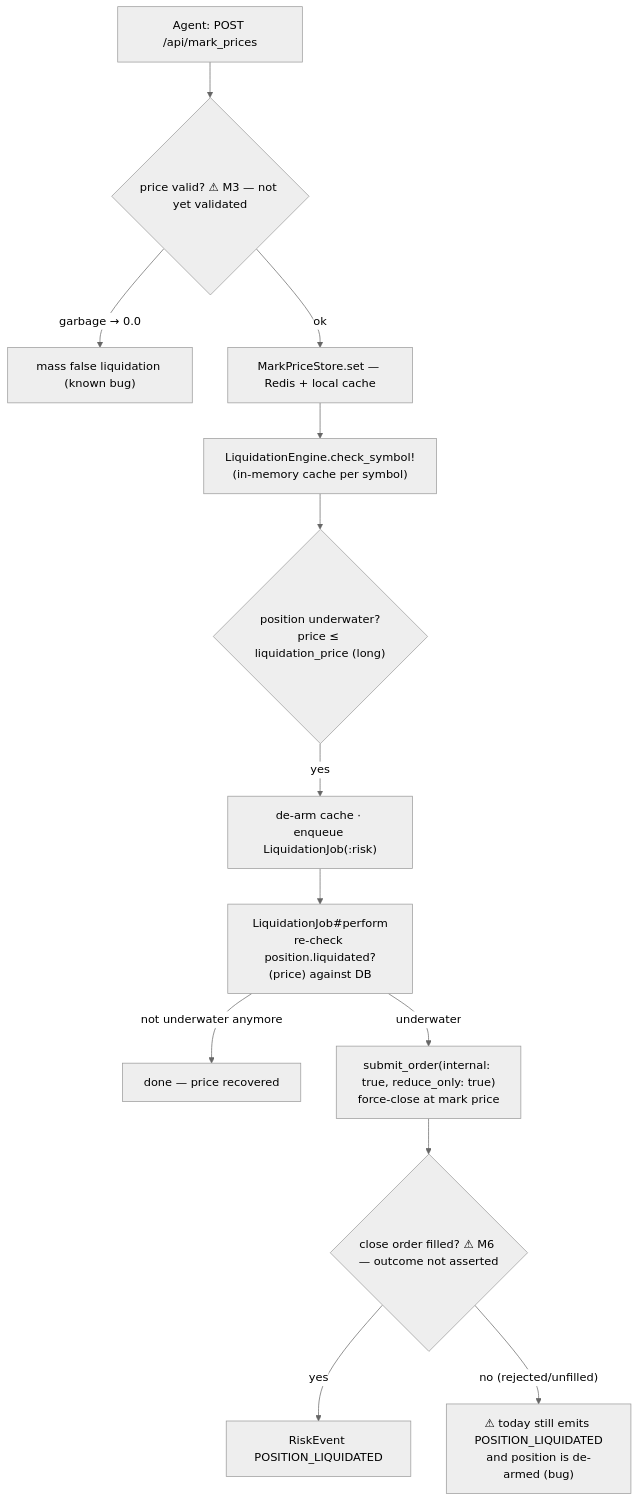
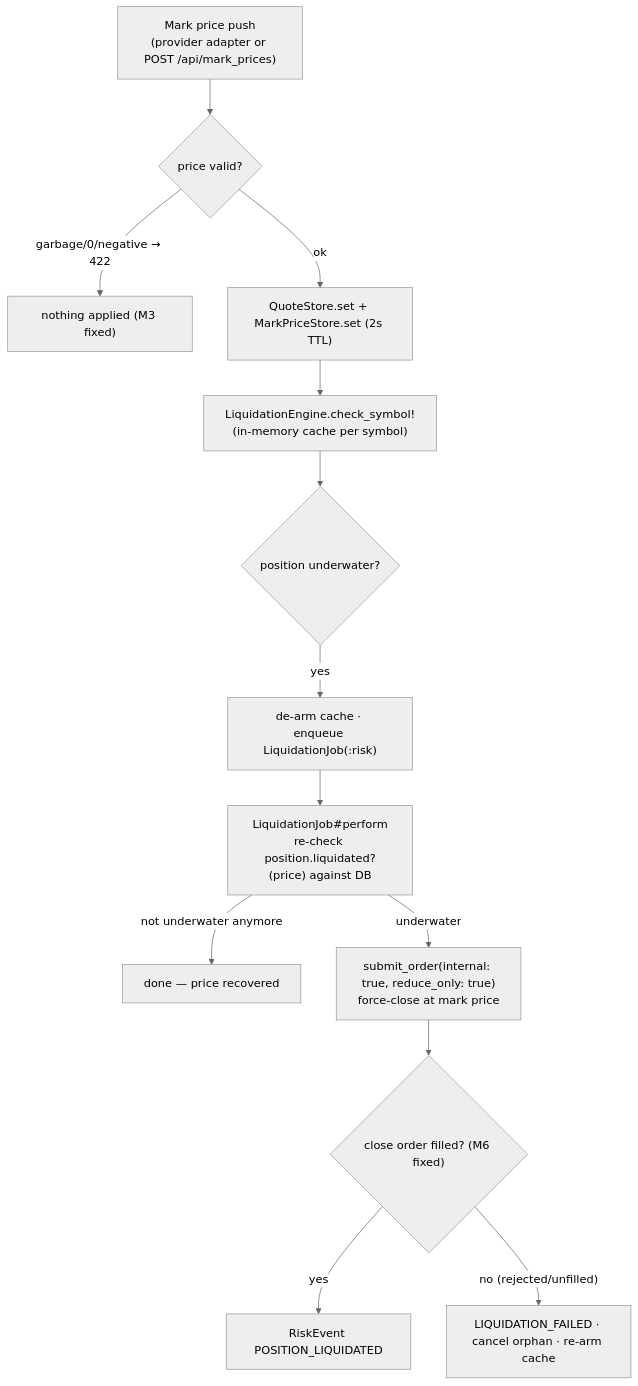
One commit to shubhamtaywade82/paper_exchange changed the third of 4 diagrams in architecture.md. Above: the diagram before and after it, drawn with Mermaid (neutral theme). The commit also changed other lines of this file and 5 other files, not shown here.

First line of the commit message:
docs: update all docs to reflect the autonomous exchange architecture

````diff
--- a/architecture.md
+++ b/architecture.md
@@ -174,15 +208,15 @@
 ```mermaid
 flowchart TD
-    A["Agent: POST /api/mark_prices"] --> B{"price valid? ⚠ M3 — not yet validated"}
-    B -- "garbage → 0.0" --> B1["mass false liquidation (known bug)"]
-    B -- ok --> C["MarkPriceStore.set — Redis + local cache"]
+    A["Mark price push<br/>(provider adapter or POST /api/mark_prices)"] --> B{"price valid?"}
+    B -- "garbage/0/negative → 422" --> B1["nothing applied (M3 fixed)"]
+    B -- ok --> C["QuoteStore.set + MarkPriceStore.set (2s TTL)"]
     C --> D["LiquidationEngine.check_symbol!<br/>(in-memory cache per symbol)"]
-    D --> E{"position underwater?<br/>price ≤ liquidation_price (long)"}
+    D --> E{"position underwater?"}
     E -- yes --> F["de-arm cache · enqueue LiquidationJob(:risk)"]
     F --> G["LiquidationJob#perform<br/>re-check position.liquidated?(price) against DB"]
     G -- "not underwater anymore" --> I["done — price recovered"]
     G -- underwater --> J["submit_order(internal: true, reduce_only: true)<br/>force-close at mark price"]
-    J --> K{"close order filled? ⚠ M6 — outcome not asserted"}
+    J --> K{"close order filled? (M6 fixed)"}
     K -- yes --> L["RiskEvent POSITION_LIQUIDATED"]
-    K -- "no (rejected/unfilled)" --> M["⚠ today still emits POSITION_LIQUIDATED<br/>and position is de-armed (bug)"]
+    K -- "no (rejected/unfilled)" --> M["LIQUIDATION_FAILED · cancel orphan · re-arm cache"]
 ```
````
